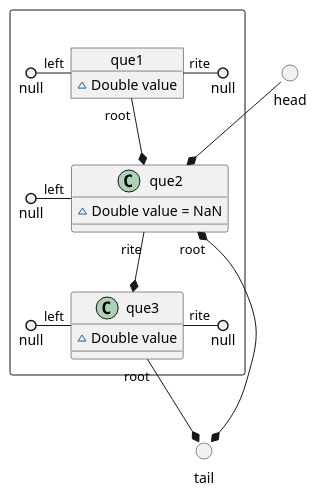
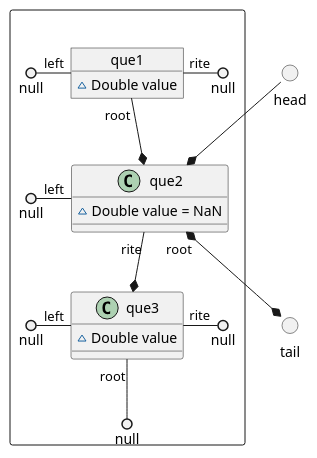
Before and after one commit to vitalispopoff/calculator: the diagram in src/docs/UML/reorderScheme/_05_queue.puml, drawn with PlantUML. The commit also changed 11 other files, not shown here.

```diff
--- a/src/docs/UML/reorderScheme/_05_queue.puml
+++ b/src/docs/UML/reorderScheme/_05_queue.puml
@@ -1,33 +1,32 @@
 @startuml
 
 () head
 () tail
 
 package " " <<Rectangle>>{
 
          head --* que2
 
     object que1{
         ~ Double value
     }
     null ()- "left" que1
         que1 "rite" -() null
         que1 "root" --* que2
 
     object que2{
         ~ Double value = NaN
     }
         null ()- "left" que2
         que2 "rite" --* que3
-
         que2 "root" *--* tail
 
     object que3{
         ~ Double value
     }
         null ()- "left" que3
         que3 "rite" -() null
-        que3 "root" --* tail
+        que3 "root" --() null
 }
 
 @enduml
```
